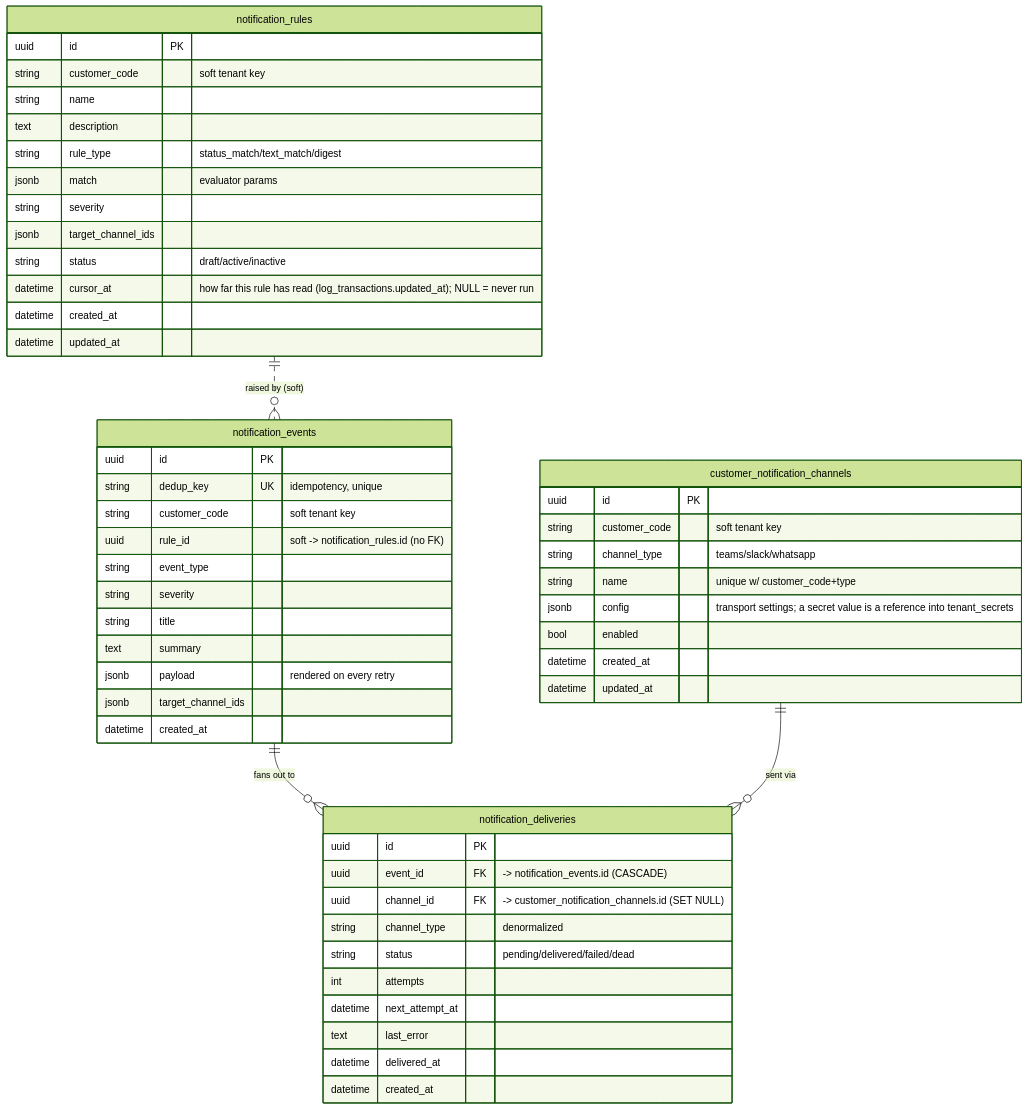
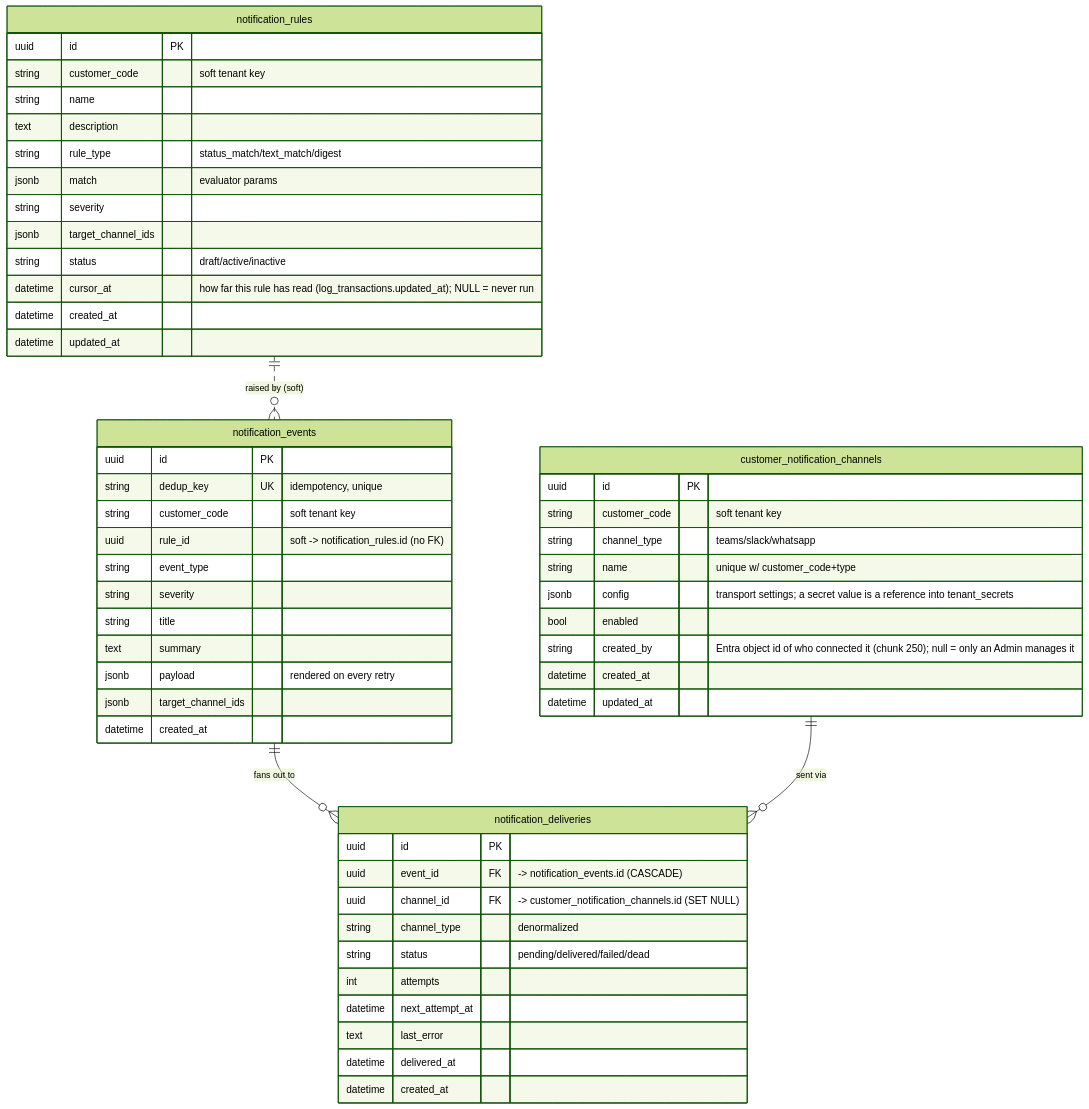
One commit to eamtalu/RAG-PipeLine changed the ninth of 16 diagrams in docs/database-er-diagram.md. Above: the diagram before and after it, drawn with Mermaid (forest theme). The commit also changed other lines of this file and 10 other files, not shown here.

First line of the commit message:
Group makers connect and own their channels; only the Admin role manages everything (chunk 250) (#87)

````diff
--- a/docs/database-er-diagram.md
+++ b/docs/database-er-diagram.md
@@ -707,59 +707,60 @@
 ```mermaid
 erDiagram
     customer_notification_channels {
         uuid id PK
         string customer_code "soft tenant key"
         string channel_type "teams/slack/whatsapp"
         string name "unique w/ customer_code+type"
         jsonb config "transport settings; a secret value is a reference into tenant_secrets"
         bool enabled
+        string created_by "Entra object id of who connected it (chunk 250); null = only an Admin manages it"
         datetime created_at
         datetime updated_at
     }
 
     notification_rules {
         uuid id PK
         string customer_code "soft tenant key"
         string name
         text description
         string rule_type "status_match/text_match/digest"
         jsonb match "evaluator params"
         string severity
         jsonb target_channel_ids
         string status "draft/active/inactive"
         datetime cursor_at "how far this rule has read (log_transactions.updated_at); NULL = never run"
         datetime created_at
         datetime updated_at
     }
 
     notification_events {
         uuid id PK
         string dedup_key UK "idempotency, unique"
         string customer_code "soft tenant key"
         uuid rule_id "soft -> notification_rules.id (no FK)"
         string event_type
         string severity
         string title
         text summary
         jsonb payload "rendered on every retry"
         jsonb target_channel_ids
         datetime created_at
     }
 
     notification_deliveries {
         uuid id PK
         uuid event_id FK "-> notification_events.id (CASCADE)"
         uuid channel_id FK "-> customer_notification_channels.id (SET NULL)"
         string channel_type "denormalized"
         string status "pending/delivered/failed/dead"
         int attempts
         datetime next_attempt_at
         text last_error
         datetime delivered_at
         datetime created_at
     }
 
     notification_events ||--o{ notification_deliveries : "fans out to"
     customer_notification_channels ||--o{ notification_deliveries : "sent via"
     notification_rules ||..o{ notification_events : "raised by (soft)"
 ```
````
